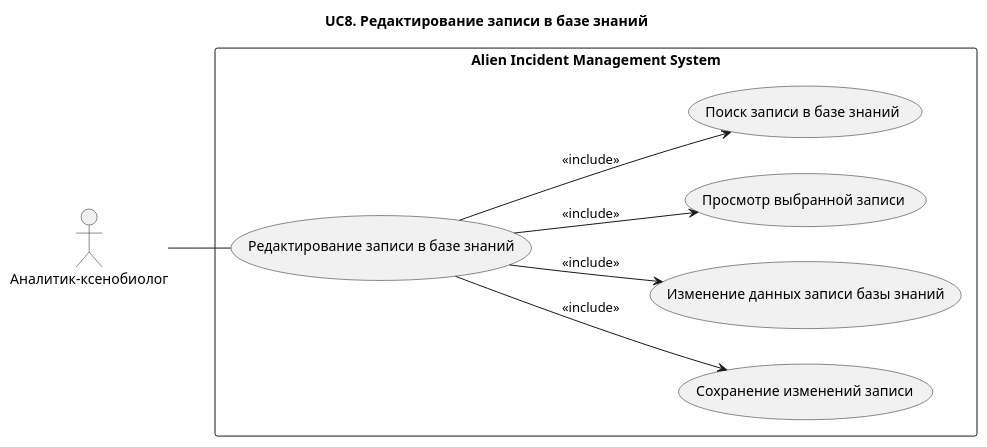
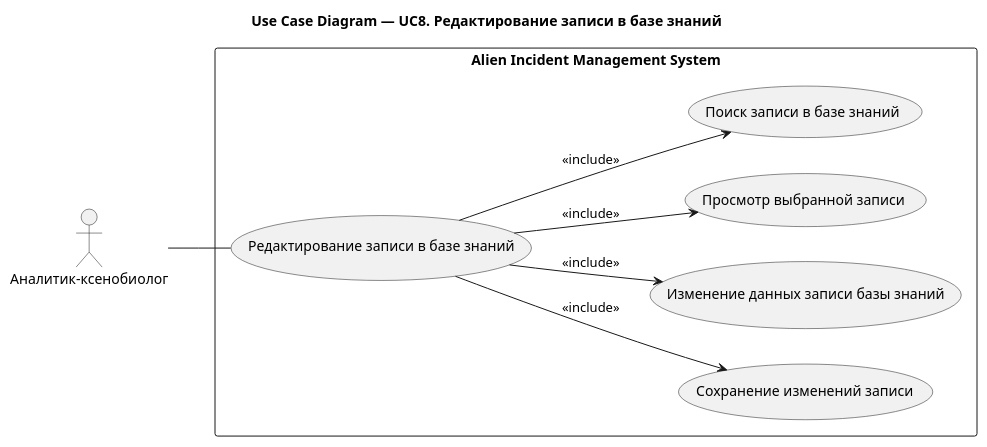
The diagram in docs/use-case/UC8.md (Andryss/AIMS), drawn with PlantUML before and after one commit. The commit also changed 31 other files, not shown here.

````diff
--- a/docs/use-case/UC8.md
+++ b/docs/use-case/UC8.md
@@ -5,27 +5,27 @@
 ```plantuml
 @startuml
-title UC8. Редактирование записи в базе знаний
+title Use Case Diagram — UC8. Редактирование записи в базе знаний
 left to right direction
 
 actor "Аналитик-ксенобиолог" as Analyst
 
 rectangle "Alien Incident Management System" {
 
 (Редактирование записи в базе знаний) as UC11
 
 (Сохранение изменений записи) as UC115
 (Изменение данных записи базы знаний) as UC113
 (Просмотр выбранной записи) as UC112
 (Поиск записи в базе знаний) as UC111
 
 }
 
 Analyst -- UC11
 
 UC11 --> UC111 : <<include>>
 UC11 --> UC112 : <<include>>
 UC11 --> UC113 : <<include>>
 UC11 --> UC115 : <<include>>
 
 @enduml
 ```
````
